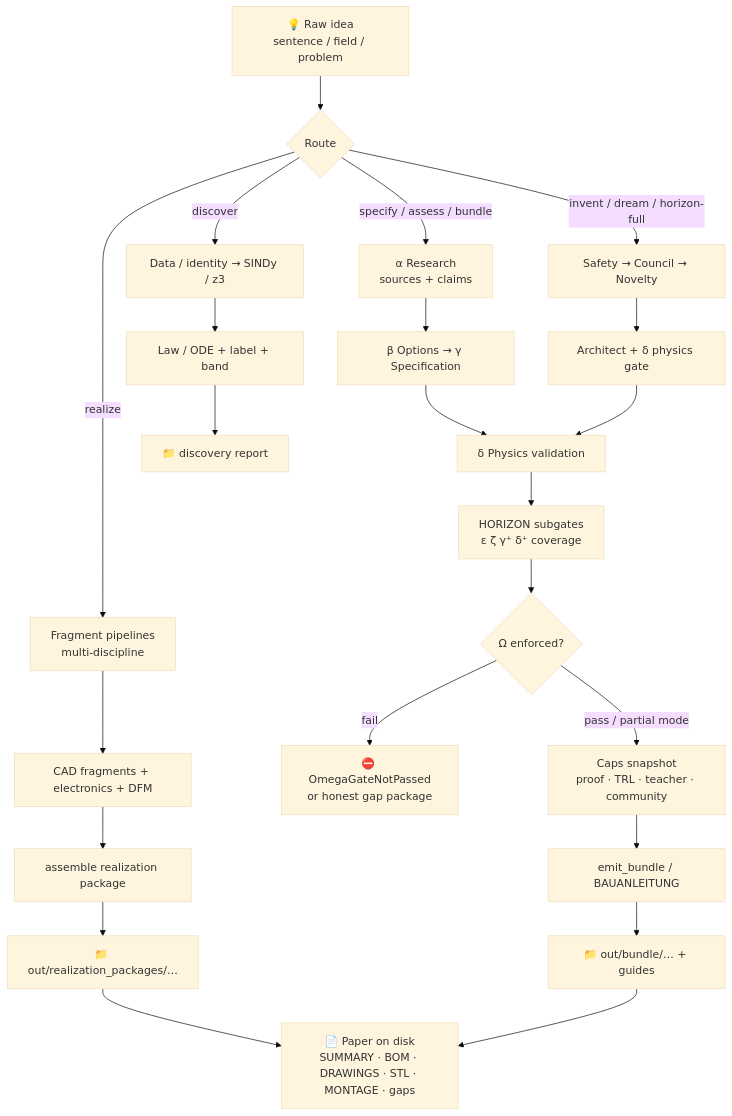
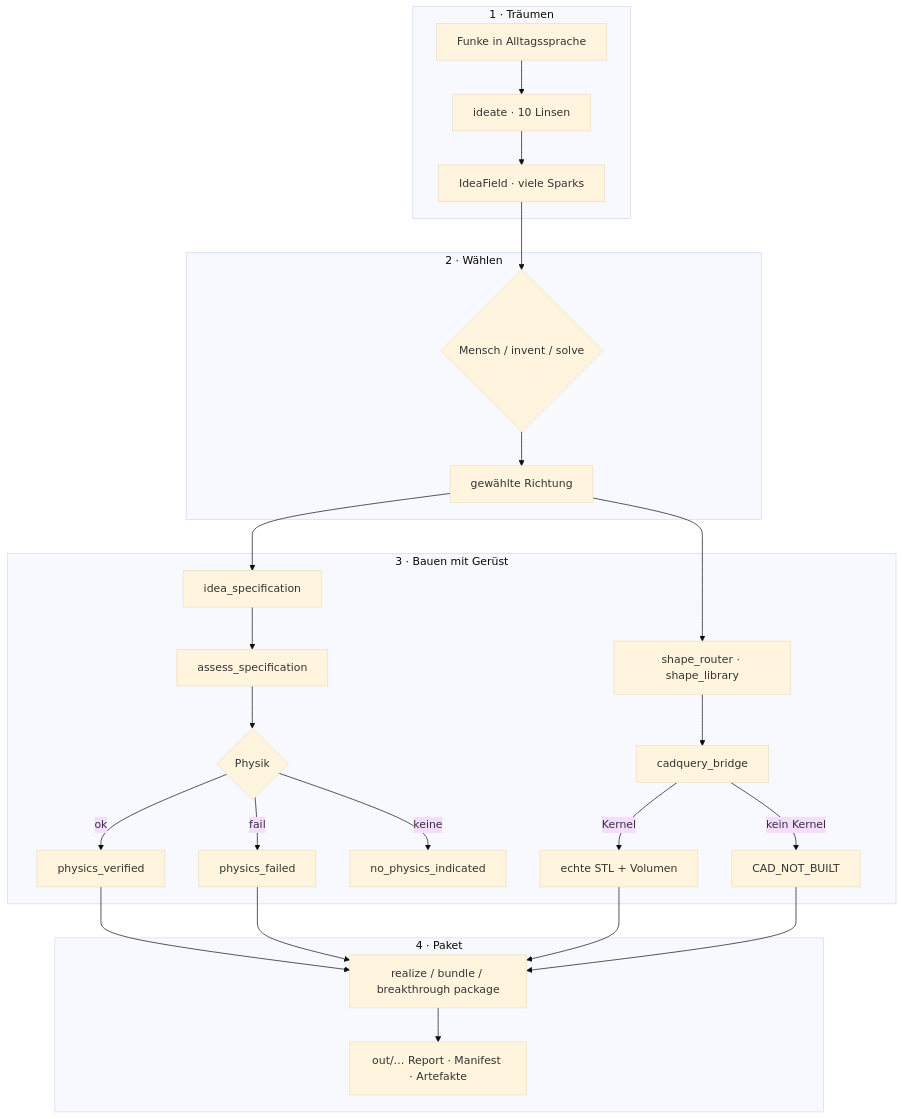
Before and after one commit to Oz4462/Genesis-V2: the third of 8 diagrams in README.md, drawn with Mermaid (base theme). The commit also changed other lines of this file, not shown here.

First line of the commit message:
docs: sync README with genesis main (idea machine, full maps)

````diff
--- a/README.md
+++ b/README.md
@@ -318,29 +201,35 @@
 ```mermaid
-flowchart TD
-    A[💡 Raw idea<br/>sentence / field / problem] --> B{Route}
-    B -->|specify / assess / bundle| C1[α Research<br/>sources + claims]
-    B -->|invent / dream / horizon-full| C2[Safety → Council → Novelty]
-    B -->|realize| C3[Fragment pipelines<br/>multi-discipline]
-    B -->|discover| C4[Data / identity → SINDy / z3]
+flowchart TB
+  subgraph dream [1 · Träumen]
+    F[Funke in Alltagssprache]
+    I[ideate · 10 Linsen]
+    F --> I
+    I --> IF[IdeaField · viele Sparks]
+  end
 
-    C1 --> D[β Options → γ Specification]
-    C2 --> D2[Architect + δ physics gate]
-    C3 --> E[CAD fragments + electronics + DFM]
-    C4 --> F[Law / ODE + label + band]
+  subgraph choose [2 · Wählen]
+    IF --> W{Mensch / invent / solve}
+    W --> DIR[gewählte Richtung]
+  end
 
-    D --> G[δ Physics validation]
-    D2 --> G
-    G --> H[HORIZON subgates<br/>ε ζ γ⁺ δ⁺ coverage]
-    H --> I{Ω enforced?}
-    I -->|fail| STOP[⛔ OmegaGateNotPassed<br/>or honest gap package]
-    I -->|pass / partial mode| J[Caps snapshot<br/>proof · TRL · teacher · community]
+  subgraph build [3 · Bauen mit Gerüst]
+    DIR --> SP[idea_specification]
+    SP --> AS[assess_specification]
+    AS --> PH{Physik}
+    PH -->|ok| PV[physics_verified]
+    PH -->|fail| PF[physics_failed]
+    PH -->|keine| NP[no_physics_indicated]
+    DIR --> CAD[shape_router · shape_library]
+    CAD --> BR[cadquery_bridge]
+    BR -->|Kernel| STL[echte STL + Volumen]
+    BR -->|kein Kernel| NB[CAD_NOT_BUILT]
+  end
 
-    E --> K[assemble realization package]
-    J --> L[emit_bundle / BAUANLEITUNG]
-    K --> M[📁 out/realization_packages/…]
-    L --> N[📁 out/bundle/… + guides]
-    F --> O[📁 discovery report]
-
-    M --> P[📄 Paper on disk<br/>SUMMARY · BOM · DRAWINGS · STL · MONTAGE · gaps]
-    N --> P
+  subgraph pack [4 · Paket]
+    PV --> PKG[realize / bundle / breakthrough package]
+    PF --> PKG
+    STL --> PKG
+    NB --> PKG
+    PKG --> OUT[out/… Report · Manifest · Artefakte]
+  end
 ```
````
